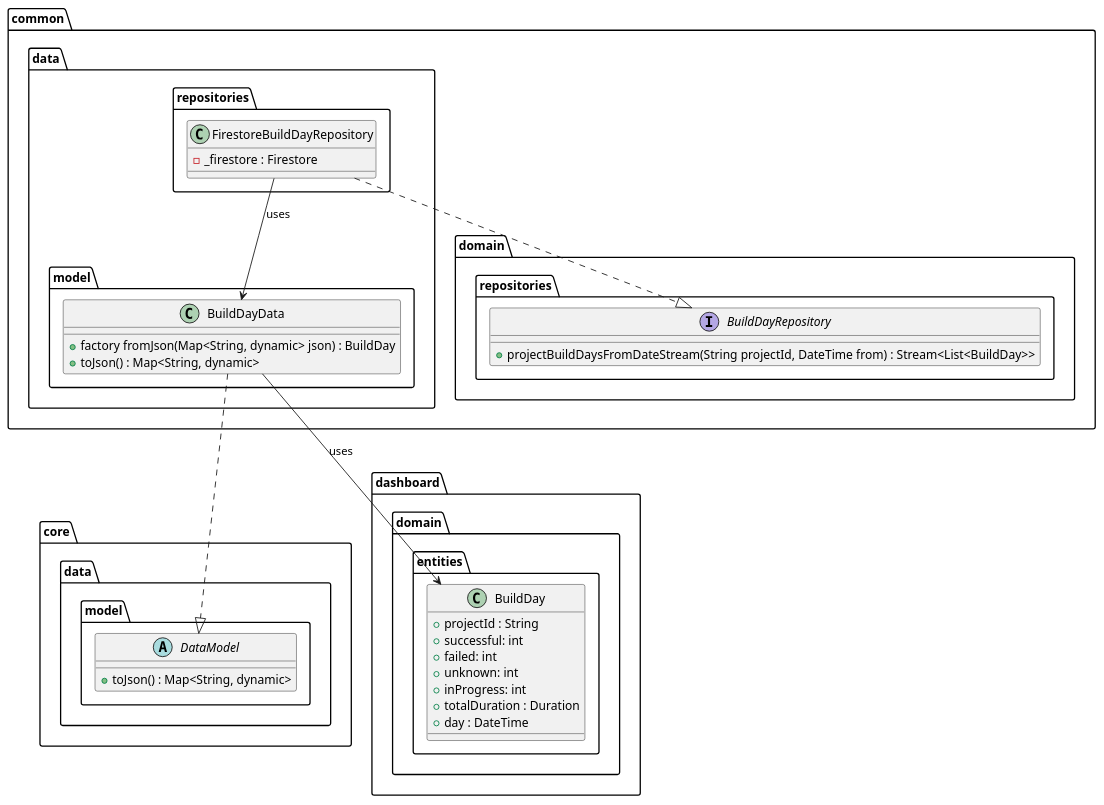
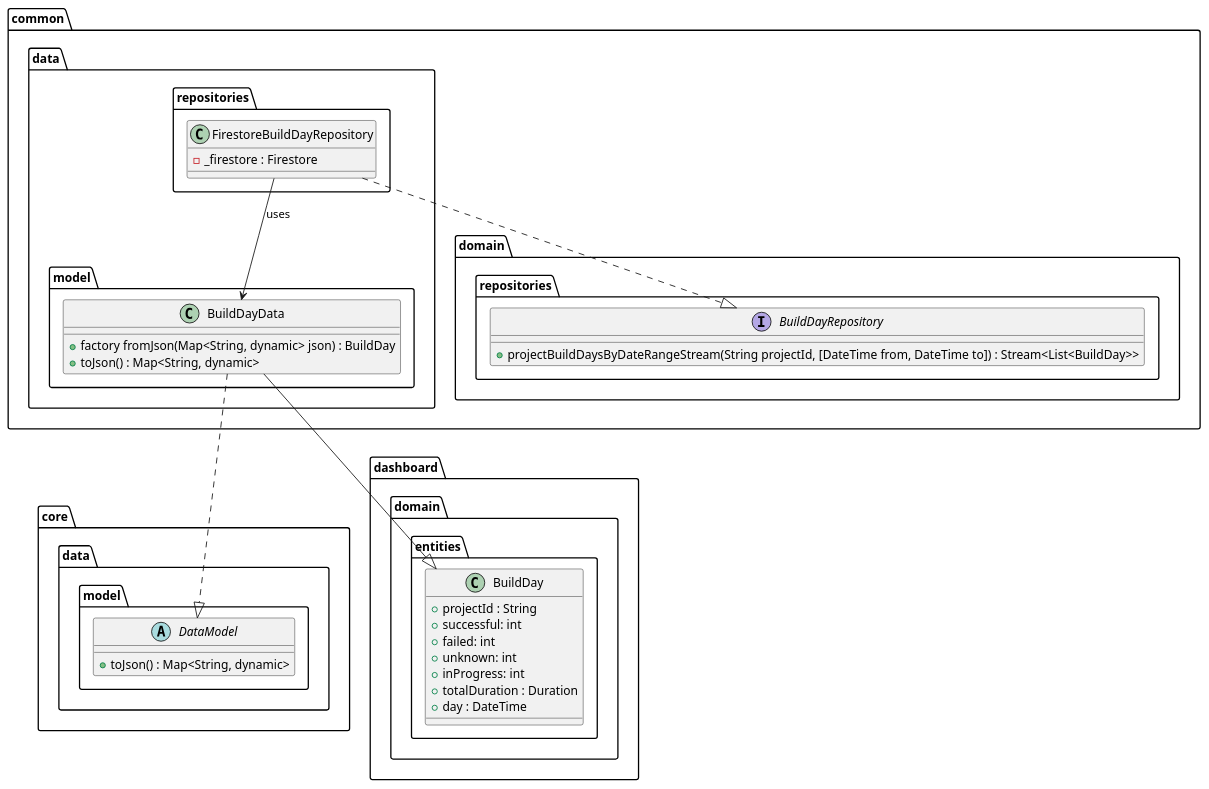
The diagram in metrics/web/docs/features/builds_aggregation/diagrams/build_days_data_layer_class_diagram.puml (Flank/flank-dashboard), drawn with PlantUML before and after one commit. The commit also changed 1 other file, not shown here.

Commit message:
Fix diagrams

```diff
--- a/metrics/web/docs/features/builds_aggregation/diagrams/build_days_data_layer_class_diagram.puml
+++ b/metrics/web/docs/features/builds_aggregation/diagrams/build_days_data_layer_class_diagram.puml
@@ -1,50 +1,50 @@
 @startuml build_days_data_layer_class_diagram
 
 package core.data.model {
     abstract class DataModel {
         + toJson() : Map<String, dynamic>
     }
 }
 
 package common {
     package domain.repositories {
         interface BuildDayRepository {
-            + projectBuildDaysFromDateStream(String projectId, DateTime from) : Stream<List<BuildDay>>
+            + projectBuildDaysByDateRangeStream(String projectId, [DateTime from, DateTime to]) : Stream<List<BuildDay>>
         }
     }
 
     package data {
         package repositories as data_repositories {
             class FirestoreBuildDayRepository {
                 - _firestore : Firestore
             }
         }
 
         package model {
             class BuildDayData {
                 + factory fromJson(Map<String, dynamic> json) : BuildDay
                 + toJson() : Map<String, dynamic>
             }
         }
     }
 }
 
 package dashboard.domain.entities {
     class BuildDay {
         + projectId : String
         + successful: int
         + failed: int
         + unknown: int
         + inProgress: int
         + totalDuration : Duration
         + day : DateTime
     }
 }
 
 FirestoreBuildDayRepository ..|> BuildDayRepository
 FirestoreBuildDayRepository --> BuildDayData : uses
 
-BuildDayData --> BuildDay : uses
+BuildDayData --|> BuildDay
 BuildDayData ..|> DataModel
 
 @enduml
```
